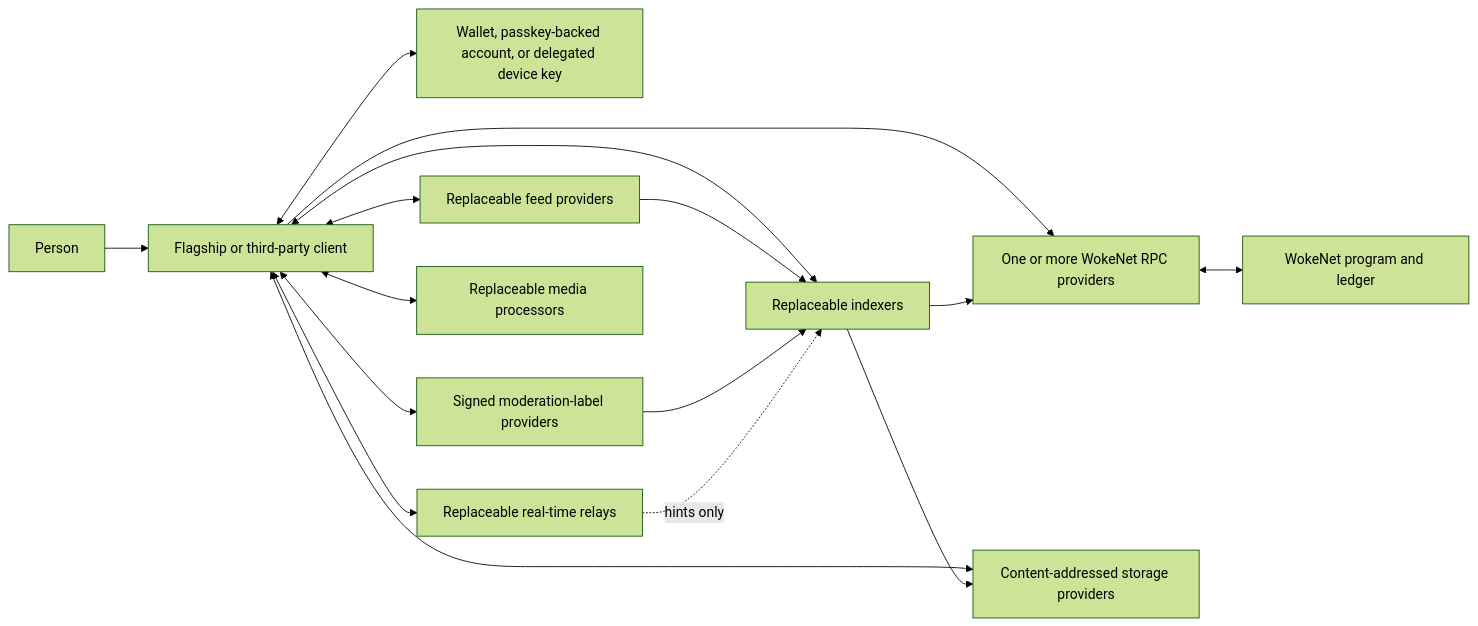
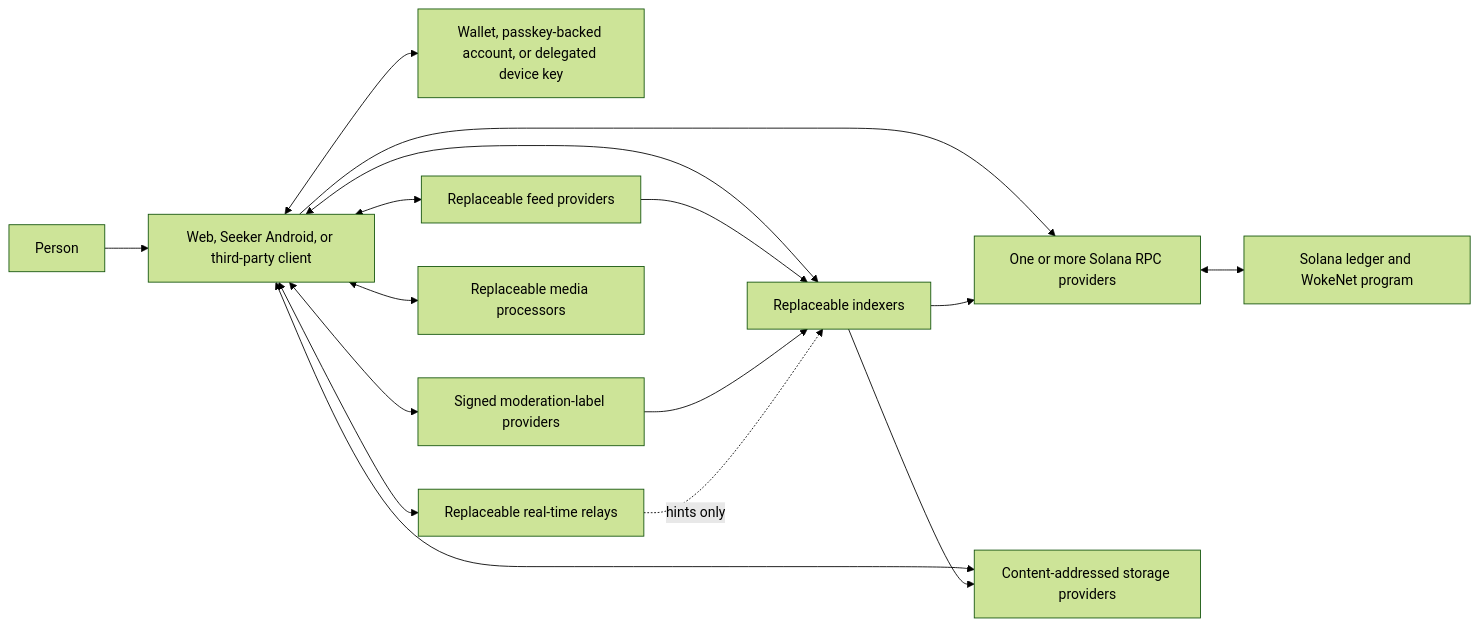
The first of 6 diagrams in docs/ARCHITECTURE.md (droolson/wetdrool), drawn with Mermaid (forest theme) before and after one commit. The commit also changed other lines of this file and 163 other files, not shown here.

Commit message:
feat(wokesocial): pivot WokeNet to Solana and add Seeker client

````diff
--- a/docs/ARCHITECTURE.md
+++ b/docs/ARCHITECTURE.md
@@ -40,30 +41,30 @@
 ```mermaid
 flowchart LR
     Person["Person"]
-    Client["Flagship or third-party client"]
+    Client["Web, Seeker Android, or third-party client"]
     Wallet["Wallet, passkey-backed account, or delegated device key"]
-    RPC["One or more WokeNet RPC providers"]
-    Chain["WokeNet program and ledger"]
+    RPC["One or more Solana RPC providers"]
+    Chain["Solana ledger and WokeNet program"]
     Storage["Content-addressed storage providers"]
     Relay["Replaceable real-time relays"]
     Indexer["Replaceable indexers"]
     Feed["Replaceable feed providers"]
     Moderation["Signed moderation-label providers"]
     Media["Replaceable media processors"]
 
     Person --> Client
     Client <--> Wallet
     Client --> RPC
     RPC <--> Chain
     Client <--> Storage
     Client <--> Relay
     Client <--> Indexer
     Client <--> Feed
     Client <--> Moderation
     Client <--> Media
     Indexer --> RPC
     Indexer --> Storage
     Feed --> Indexer
     Moderation --> Indexer
     Relay -. "hints only" .-> Indexer
 ```
````
